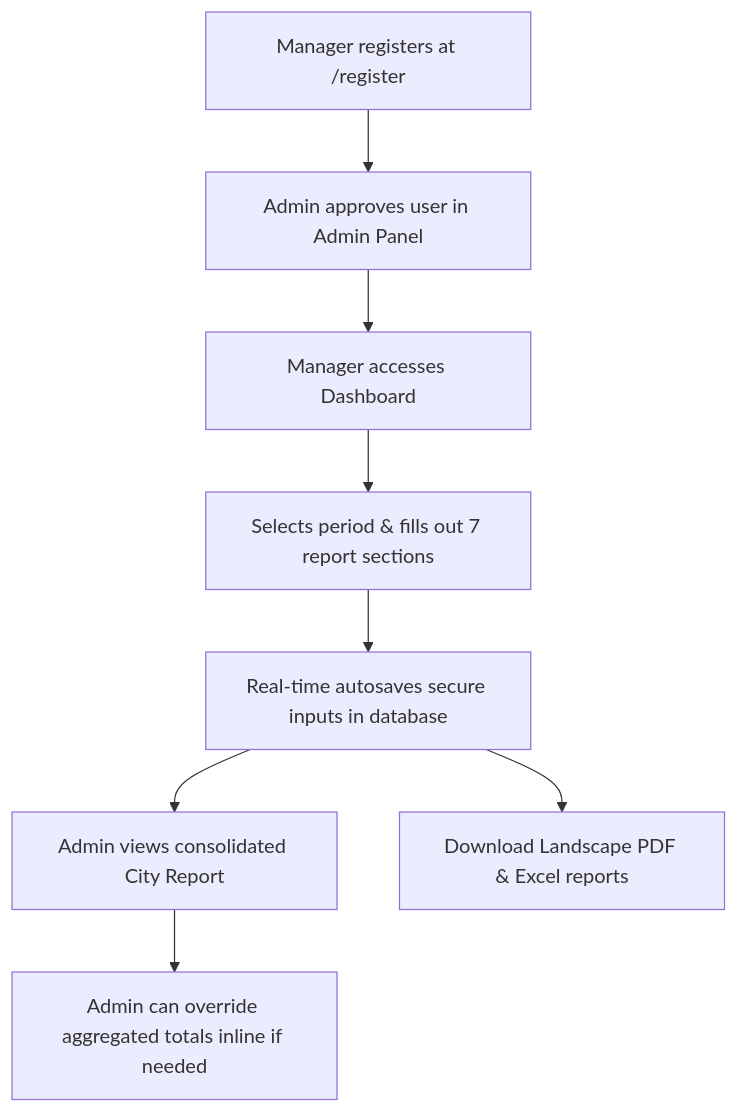
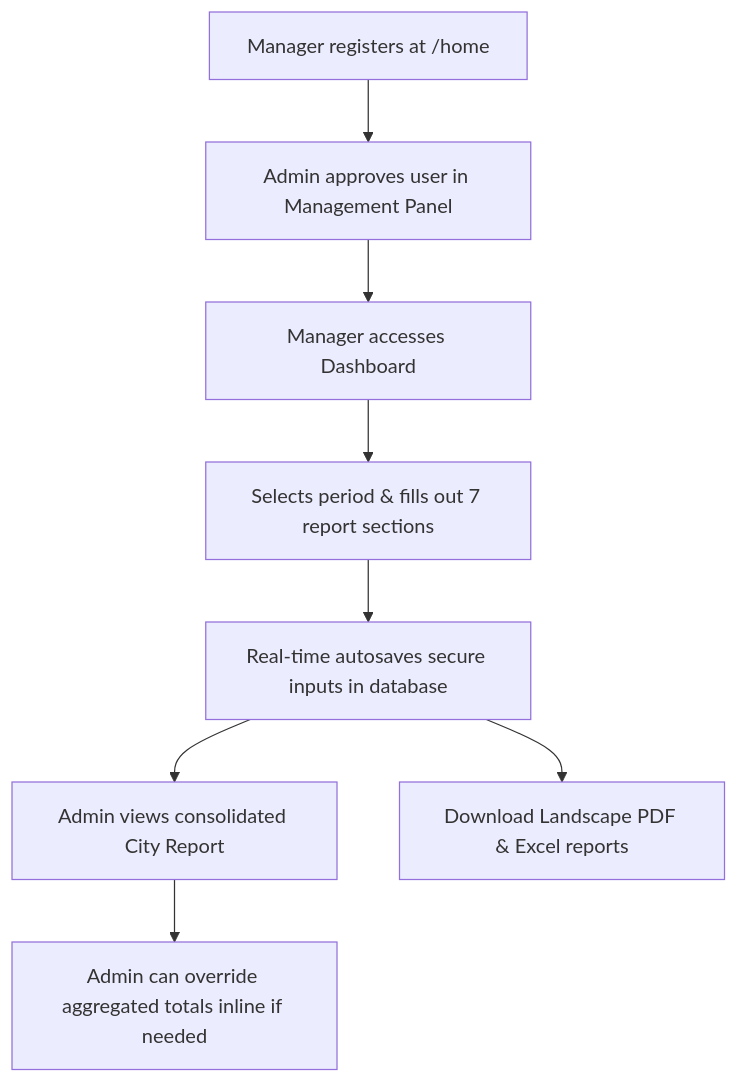
One commit to Jabir-A-H/report-submission changed the diagram in README.md. Above: the diagram before and after it, drawn with Mermaid. The commit also changed other lines of this file and 9 other files, not shown here.

````diff
--- a/README.md
+++ b/README.md
@@ -32,10 +32,10 @@
 ```mermaid
 graph TD
-    A[Manager registers at /register] --> B[Admin approves user in Admin Panel]
+    A[Manager registers at /home] --> B[Admin approves user in Management Panel]
     B --> C[Manager accesses Dashboard]
     C --> D[Selects period & fills out 7 report sections]
     D --> E[Real-time autosaves secure inputs in database]
     E --> G[Admin views consolidated City Report]
     G --> H[Admin can override aggregated totals inline if needed]
     E --> I[Download Landscape PDF & Excel reports]
 ```
````
